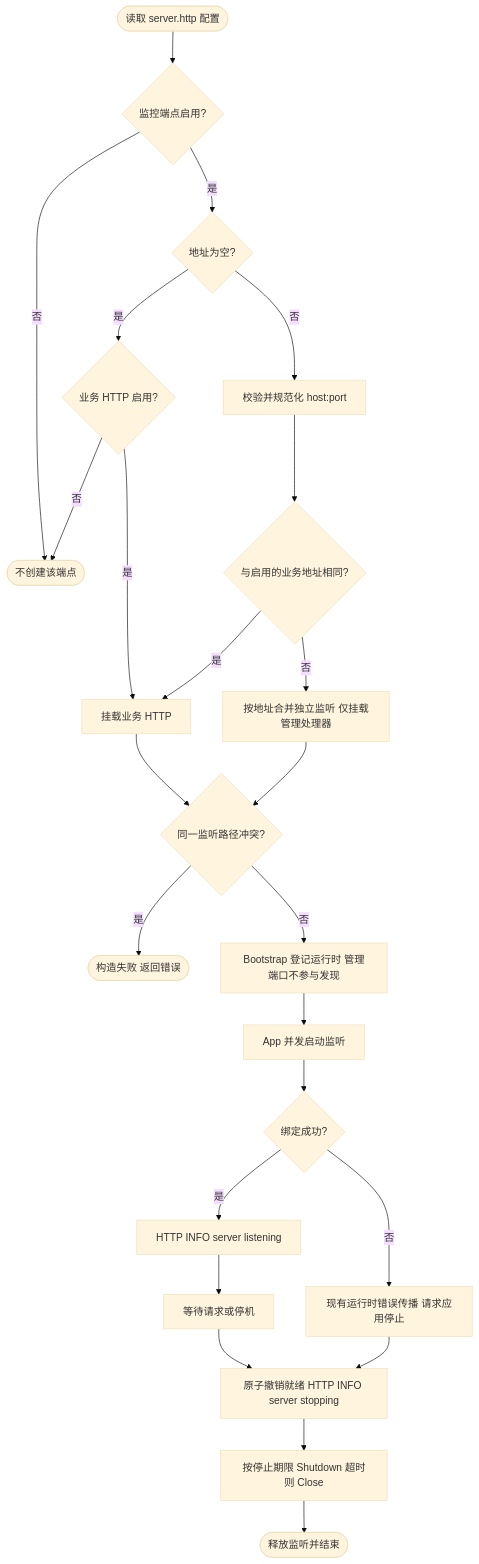
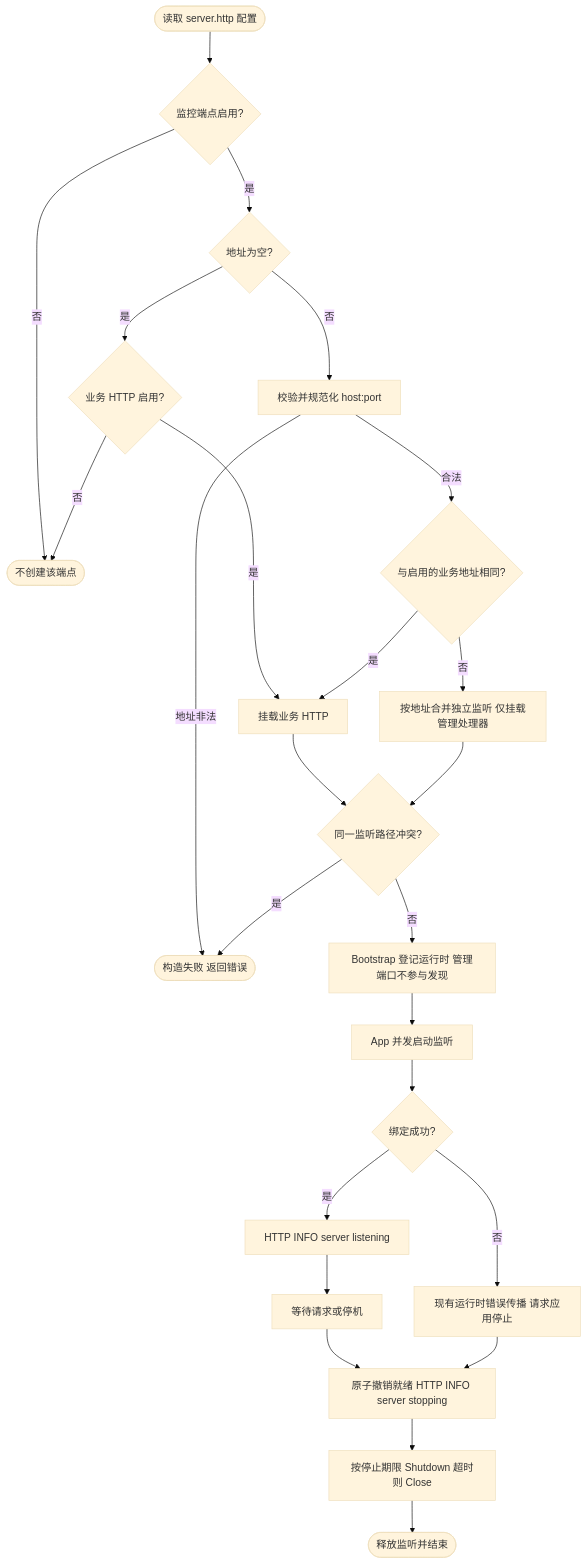
The eighth of 9 diagrams in pkg/server/README.md (jaggerzhuang1994/kratos-foundation), drawn with Mermaid (base theme) before and after one commit. The commit also changed other lines of this file and 77 other files, not shown here.

Commit message:
refactor(bootstrap): 简化 Spec 蓝图组装与协议启用规则

````diff
--- a/pkg/server/README.md
+++ b/pkg/server/README.md
@@ -272,26 +295,27 @@
 ```mermaid
 flowchart TD
     A([读取 server.http 配置]) --> B{监控端点启用?}
     B -- 否 --> Z([不创建该端点])
     B -- 是 --> C{地址为空?}
     C -- 是 --> D{业务 HTTP 启用?}
     D -- 否 --> Z
     D -- 是 --> E[挂载业务 HTTP]
     C -- 否 --> F[校验并规范化 host:port]
-    F --> G{与启用的业务地址相同?}
+    F -- 地址非法 --> J
+    F -- 合法 --> G{与启用的业务地址相同?}
     G -- 是 --> E
     G -- 否 --> H[按地址合并独立监听 仅挂载管理处理器]
     E --> I{同一监听路径冲突?}
     H --> I
     I -- 是 --> J([构造失败 返回错误])
     I -- 否 --> K[Bootstrap 登记运行时 管理端口不参与发现]
     K --> L[App 并发启动监听]
     L --> M{绑定成功?}
     M -- 否 --> N[现有运行时错误传播 请求应用停止]
     M -- 是 --> O[HTTP INFO server listening]
     O --> P[等待请求或停机]
     P --> Q[原子撤销就绪 HTTP INFO server stopping]
     N --> Q
     Q --> R[按停止期限 Shutdown 超时则 Close]
     R --> S([释放监听并结束])
 ```
````
